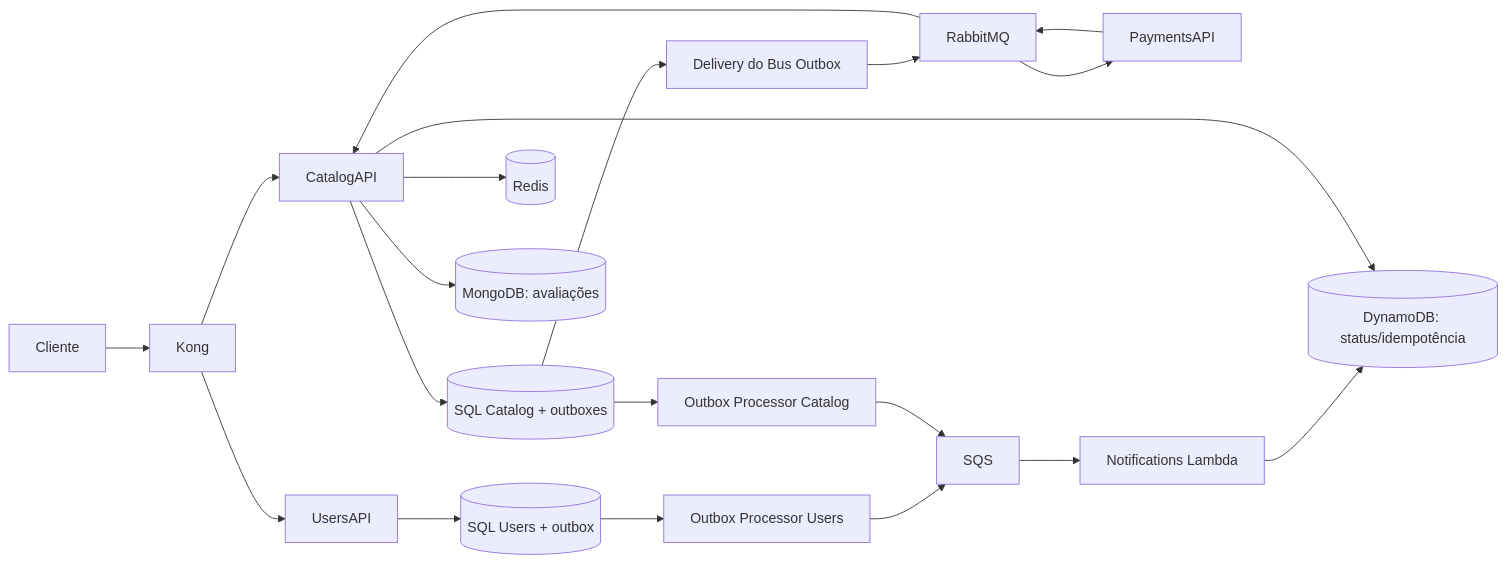
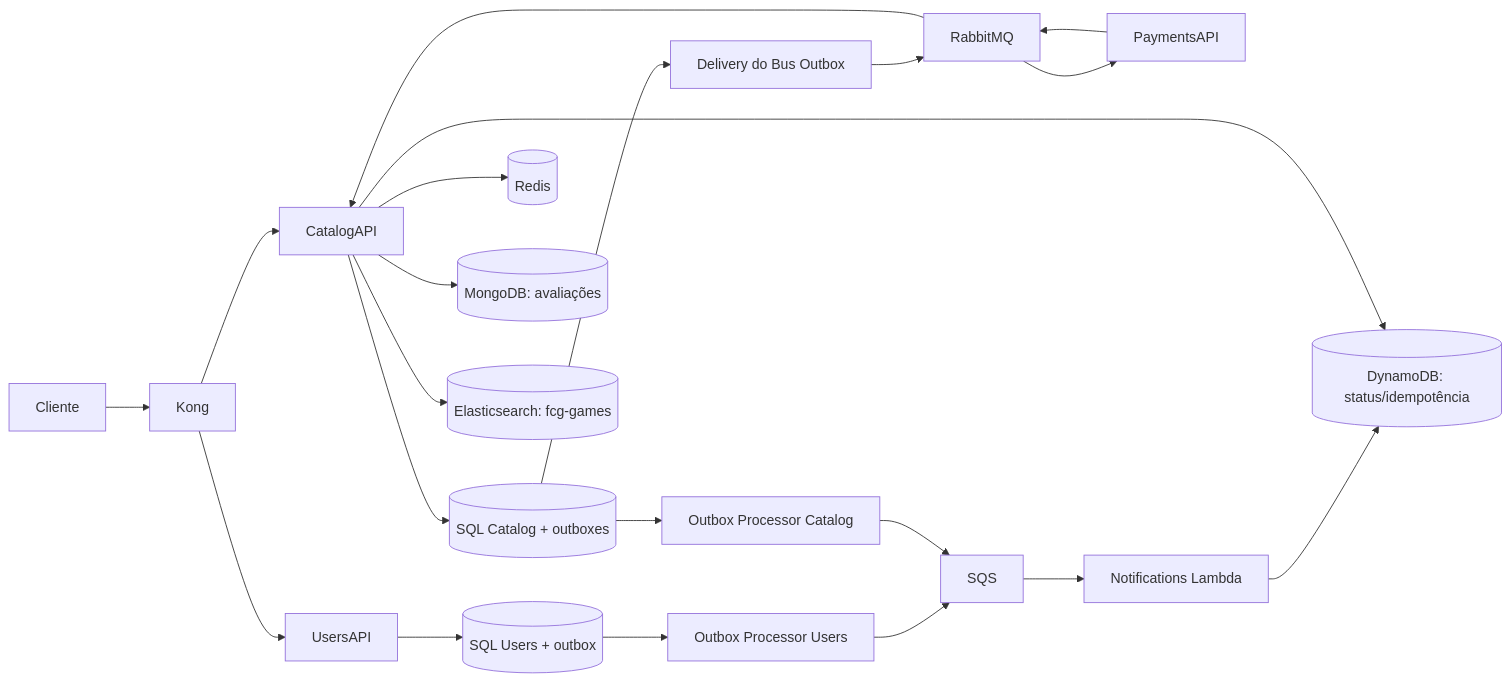
One commit to posgraduacaofiapnet/FCG-Orchestration changed the diagram in docs/ARQUITETURA.md. Above: the diagram before and after it, drawn with Mermaid. The commit also changed other lines of this file and 4 other files, not shown here.

````diff
--- a/docs/ARQUITETURA.md
+++ b/docs/ARQUITETURA.md
@@ -20,22 +21,23 @@
 ```mermaid
 flowchart LR
     Cliente --> Kong
     Kong --> Users[UsersAPI]
     Kong --> Catalog[CatalogAPI]
     Users --> UsersDB[(SQL Users + outbox)]
     Catalog --> CatalogDB[(SQL Catalog + outboxes)]
     Catalog --> Redis[(Redis)]
     Catalog --> Mongo[(MongoDB: avaliações)]
+    Catalog --> ES[(Elasticsearch: fcg-games)]
     CatalogDB --> MT[Delivery do Bus Outbox]
     MT --> Rabbit[RabbitMQ]
     Rabbit --> Payments[PaymentsAPI]
     Payments --> Rabbit
     Rabbit --> Catalog
     UsersDB --> WorkerU[Outbox Processor Users]
     CatalogDB --> WorkerC[Outbox Processor Catalog]
     WorkerU --> SQS
     WorkerC --> SQS
     SQS --> Lambda[Notifications Lambda]
     Lambda --> Dynamo[(DynamoDB: status/idempotência)]
     Catalog --> Dynamo
 ```
````
